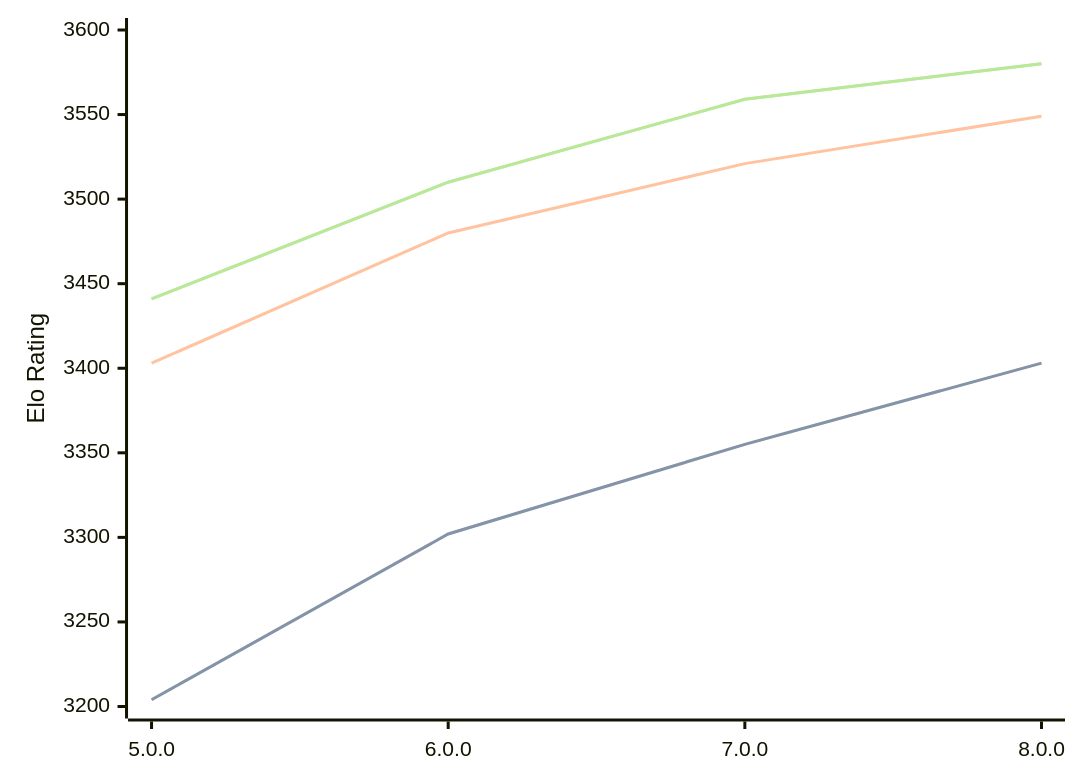
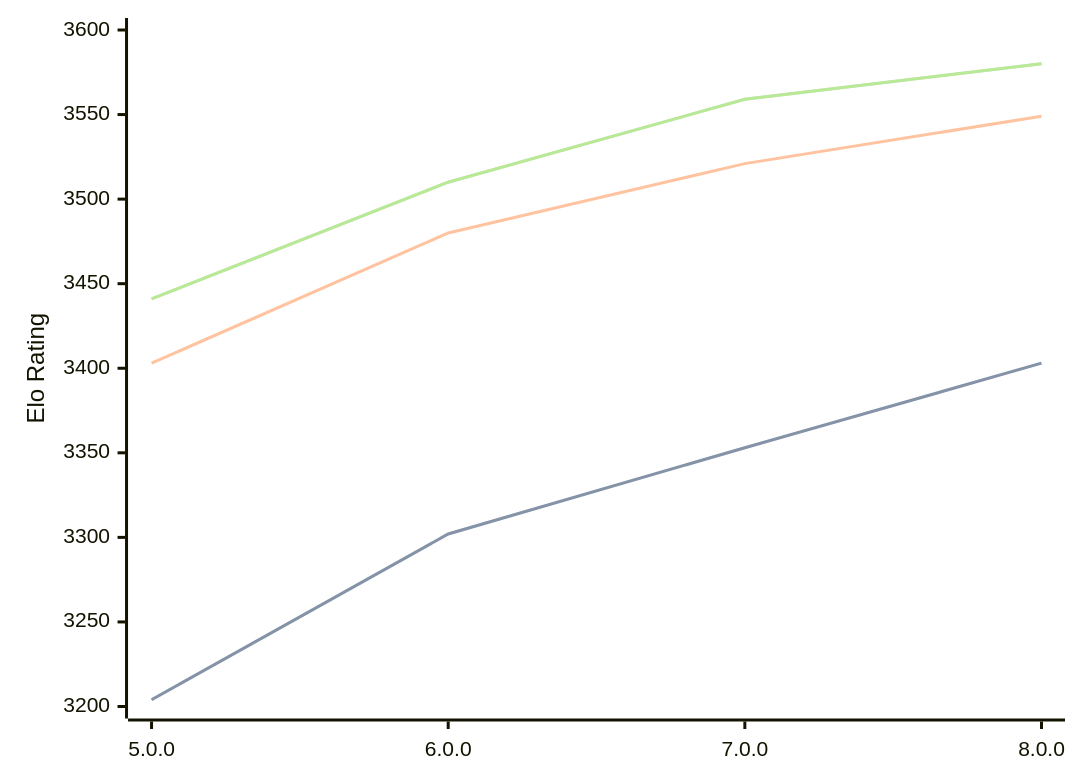
One commit to computer-chess-index/cci changed the diagram in engines/Stormphrax.md. Above: the diagram before and after it, drawn with Mermaid. The commit also changed other lines of this file, not shown here.

````diff
--- a/engines/Stormphrax.md
+++ b/engines/Stormphrax.md
@@ -34,11 +34,11 @@
 ```mermaid
 %%{init: {"theme":"base","themeVariables":{"seriesColors:['#a3a3a3','#222221','#faa371']}}}%%
 xychart-beta
   x-axis ["5.0.0", "6.0.0", "7.0.0", "8.0.0"]
   y-axis "Elo Rating" 3200 --> 3600
-  line "" [3204, 3302, 3355, 3403]
-  line "STC (8.0+0.08s)" [3204, 3302, 3355, 3403]
+  line "" [3204, 3302, 3353, 3403]
+  line "STC (8.0+0.08s)" [3204, 3302, 3353, 3403]
   line "LTC (60.0+0.60s)" [3403, 3480, 3521, 3549]
   line "" [3441, 3510, 3559, 3580]
   line "VLTC (2m24s+1.12s)" [3441, 3510, 3559, 3580]
 ```
````
